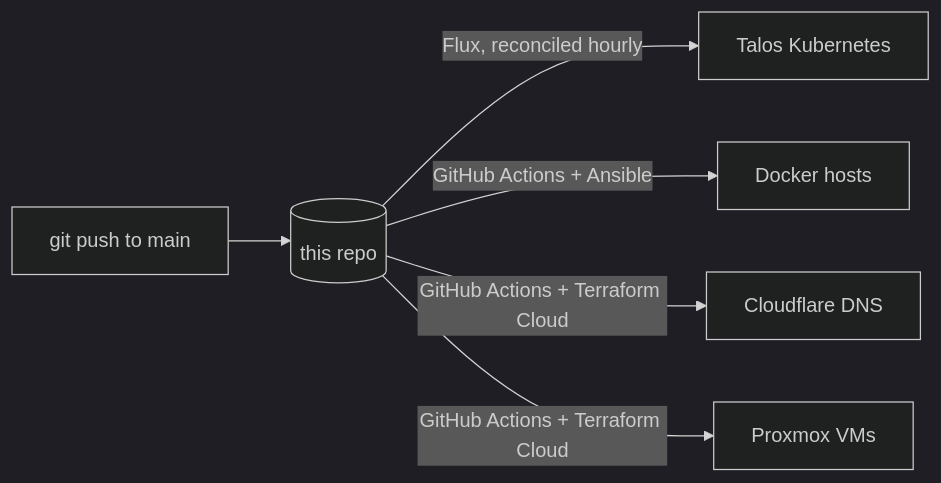
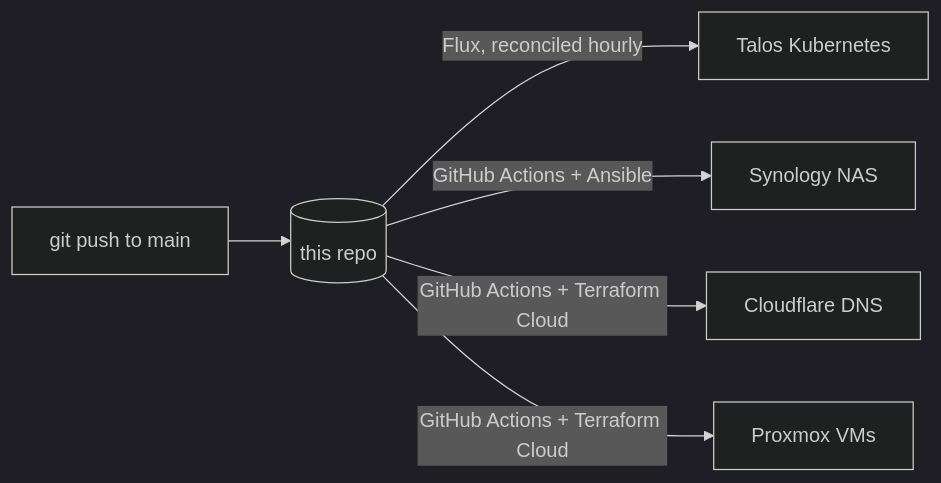
Before and after one commit to tkhider/homelab-infra: the diagram in README.md, drawn with Mermaid (dark theme). The commit also changed other lines of this file, not shown here.

Commit message:
Update README for CoreDNS and the docker-prod-1 retirement

````diff
--- a/README.md
+++ b/README.md
@@ -24,8 +24,8 @@
 ```mermaid
 flowchart LR
     push[git push to main] --> repo[(this repo)]
     repo -->|Flux, reconciled hourly| k8s[Talos Kubernetes]
-    repo -->|GitHub Actions + Ansible| docker[Docker hosts]
+    repo -->|GitHub Actions + Ansible| docker[Synology NAS]
     repo -->|GitHub Actions + Terraform Cloud| dns[Cloudflare DNS]
     repo -->|GitHub Actions + Terraform Cloud| vms[Proxmox VMs]
 ```
````
